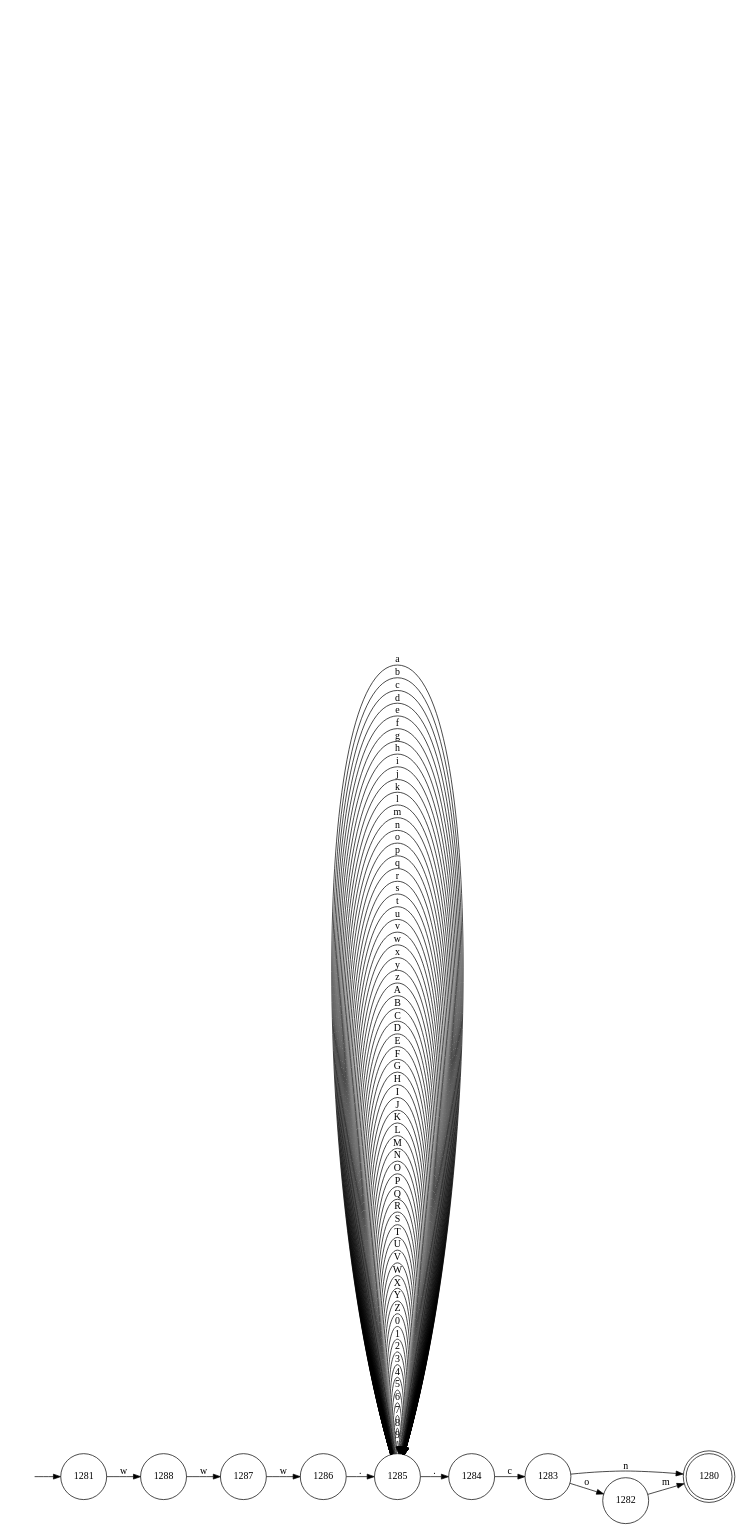
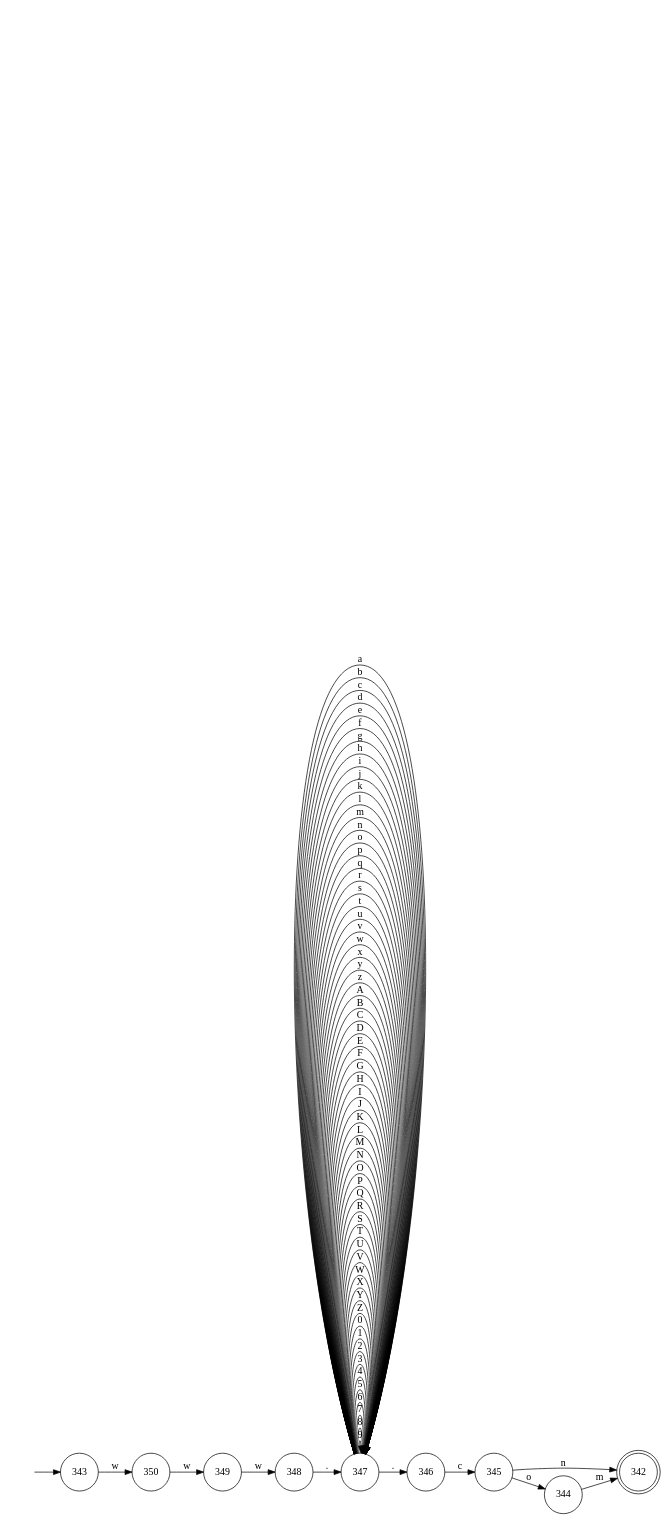
The diagram in build/min_DFA.dot (zsh111/GeCSA), drawn with Graphviz before and after one commit. The commit also changed 120 other files, not shown here.

```diff
--- a/build/min_DFA.dot
+++ b/build/min_DFA.dot
@@ -1,80 +1,80 @@
 digraph{
 rankdir="LR";
 fontname = "Microsoft YaHei";
 node [shape = circle, fontname = "Microsoft YaHei"];
 edge [fontname = "Microsoft YaHei"];
 -1[style=invis];
-1280 [ shape = doublecircle ];
--1 -> 1281;
-1281 -> 1288[ label = "w" ];
-1288 -> 1287[ label = "w" ];
-1287 -> 1286[ label = "w" ];
-1282 -> 1280[ label = "m" ];
-1283 -> 1282[ label = "o" ];
-1283 -> 1280[ label = "n" ];
-1284 -> 1283[ label = "c" ];
-1285 -> 1284[ label = "." ];
-1285 -> 1285[ label = "9" ];
-1285 -> 1285[ label = "8" ];
-1285 -> 1285[ label = "7" ];
-1285 -> 1285[ label = "6" ];
-1285 -> 1285[ label = "5" ];
-1285 -> 1285[ label = "4" ];
-1285 -> 1285[ label = "3" ];
-1285 -> 1285[ label = "2" ];
-1285 -> 1285[ label = "1" ];
-1285 -> 1285[ label = "0" ];
-1285 -> 1285[ label = "Z" ];
-1285 -> 1285[ label = "Y" ];
-1285 -> 1285[ label = "X" ];
-1285 -> 1285[ label = "W" ];
-1285 -> 1285[ label = "V" ];
-1285 -> 1285[ label = "U" ];
-1285 -> 1285[ label = "T" ];
-1285 -> 1285[ label = "S" ];
-1285 -> 1285[ label = "R" ];
-1285 -> 1285[ label = "Q" ];
-1285 -> 1285[ label = "P" ];
-1285 -> 1285[ label = "O" ];
-1285 -> 1285[ label = "N" ];
-1285 -> 1285[ label = "M" ];
-1285 -> 1285[ label = "L" ];
-1285 -> 1285[ label = "K" ];
-1285 -> 1285[ label = "J" ];
-1285 -> 1285[ label = "I" ];
-1285 -> 1285[ label = "H" ];
-1285 -> 1285[ label = "G" ];
-1285 -> 1285[ label = "F" ];
-1285 -> 1285[ label = "E" ];
-1285 -> 1285[ label = "D" ];
-1285 -> 1285[ label = "C" ];
-1285 -> 1285[ label = "B" ];
-1285 -> 1285[ label = "A" ];
-1285 -> 1285[ label = "z" ];
-1285 -> 1285[ label = "y" ];
-1285 -> 1285[ label = "x" ];
-1285 -> 1285[ label = "w" ];
-1285 -> 1285[ label = "v" ];
-1285 -> 1285[ label = "u" ];
-1285 -> 1285[ label = "t" ];
-1285 -> 1285[ label = "s" ];
-1285 -> 1285[ label = "r" ];
-1285 -> 1285[ label = "q" ];
-1285 -> 1285[ label = "p" ];
-1285 -> 1285[ label = "o" ];
-1285 -> 1285[ label = "n" ];
-1285 -> 1285[ label = "m" ];
-1285 -> 1285[ label = "l" ];
-1285 -> 1285[ label = "k" ];
-1285 -> 1285[ label = "j" ];
-1285 -> 1285[ label = "i" ];
-1285 -> 1285[ label = "h" ];
-1285 -> 1285[ label = "g" ];
-1285 -> 1285[ label = "f" ];
-1285 -> 1285[ label = "e" ];
-1285 -> 1285[ label = "d" ];
-1285 -> 1285[ label = "c" ];
-1285 -> 1285[ label = "b" ];
-1285 -> 1285[ label = "a" ];
-1286 -> 1285[ label = "." ];
+342 [ shape = doublecircle ];
+-1 -> 343;
+343 -> 350[ label = "w" ];
+350 -> 349[ label = "w" ];
+349 -> 348[ label = "w" ];
+344 -> 342[ label = "m" ];
+345 -> 344[ label = "o" ];
+345 -> 342[ label = "n" ];
+346 -> 345[ label = "c" ];
+347 -> 346[ label = "." ];
+347 -> 347[ label = "9" ];
+347 -> 347[ label = "8" ];
+347 -> 347[ label = "7" ];
+347 -> 347[ label = "6" ];
+347 -> 347[ label = "5" ];
+347 -> 347[ label = "4" ];
+347 -> 347[ label = "3" ];
+347 -> 347[ label = "2" ];
+347 -> 347[ label = "1" ];
+347 -> 347[ label = "0" ];
+347 -> 347[ label = "Z" ];
+347 -> 347[ label = "Y" ];
+347 -> 347[ label = "X" ];
+347 -> 347[ label = "W" ];
+347 -> 347[ label = "V" ];
+347 -> 347[ label = "U" ];
+347 -> 347[ label = "T" ];
+347 -> 347[ label = "S" ];
+347 -> 347[ label = "R" ];
+347 -> 347[ label = "Q" ];
+347 -> 347[ label = "P" ];
+347 -> 347[ label = "O" ];
+347 -> 347[ label = "N" ];
+347 -> 347[ label = "M" ];
+347 -> 347[ label = "L" ];
+347 -> 347[ label = "K" ];
+347 -> 347[ label = "J" ];
+347 -> 347[ label = "I" ];
+347 -> 347[ label = "H" ];
+347 -> 347[ label = "G" ];
+347 -> 347[ label = "F" ];
+347 -> 347[ label = "E" ];
+347 -> 347[ label = "D" ];
+347 -> 347[ label = "C" ];
+347 -> 347[ label = "B" ];
+347 -> 347[ label = "A" ];
+347 -> 347[ label = "z" ];
+347 -> 347[ label = "y" ];
+347 -> 347[ label = "x" ];
+347 -> 347[ label = "w" ];
+347 -> 347[ label = "v" ];
+347 -> 347[ label = "u" ];
+347 -> 347[ label = "t" ];
+347 -> 347[ label = "s" ];
+347 -> 347[ label = "r" ];
+347 -> 347[ label = "q" ];
+347 -> 347[ label = "p" ];
+347 -> 347[ label = "o" ];
+347 -> 347[ label = "n" ];
+347 -> 347[ label = "m" ];
+347 -> 347[ label = "l" ];
+347 -> 347[ label = "k" ];
+347 -> 347[ label = "j" ];
+347 -> 347[ label = "i" ];
+347 -> 347[ label = "h" ];
+347 -> 347[ label = "g" ];
+347 -> 347[ label = "f" ];
+347 -> 347[ label = "e" ];
+347 -> 347[ label = "d" ];
+347 -> 347[ label = "c" ];
+347 -> 347[ label = "b" ];
+347 -> 347[ label = "a" ];
+348 -> 347[ label = "." ];
 }
```
